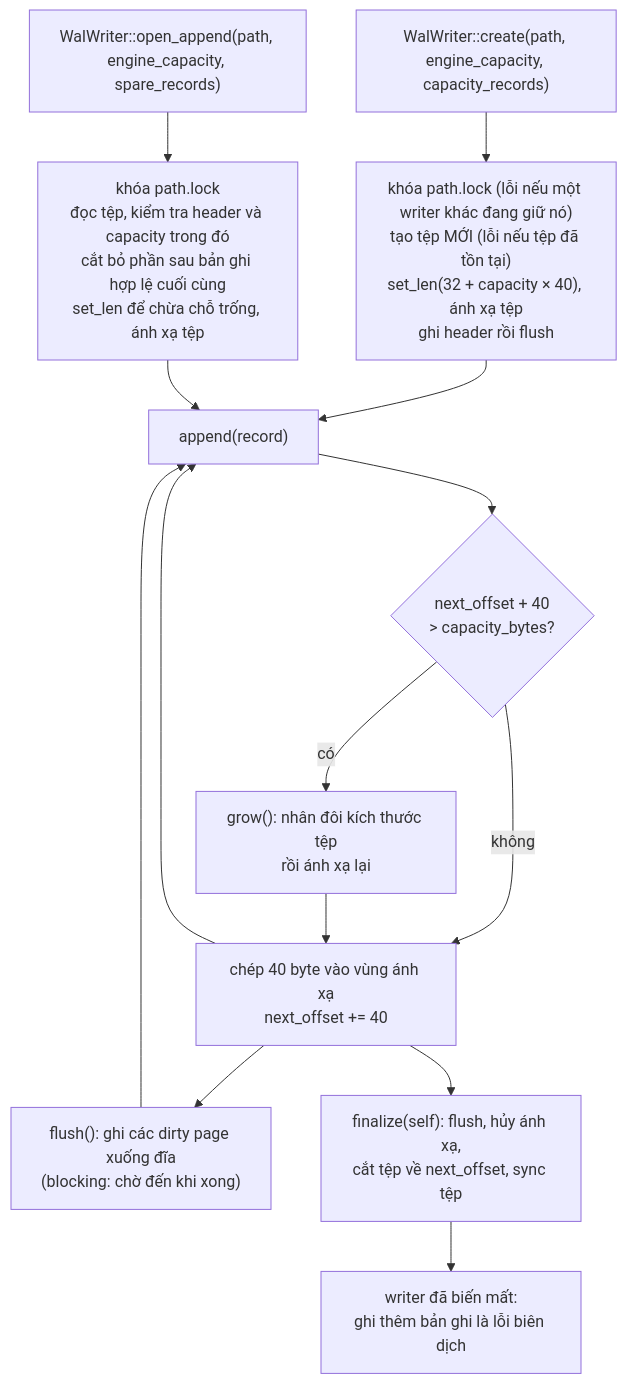
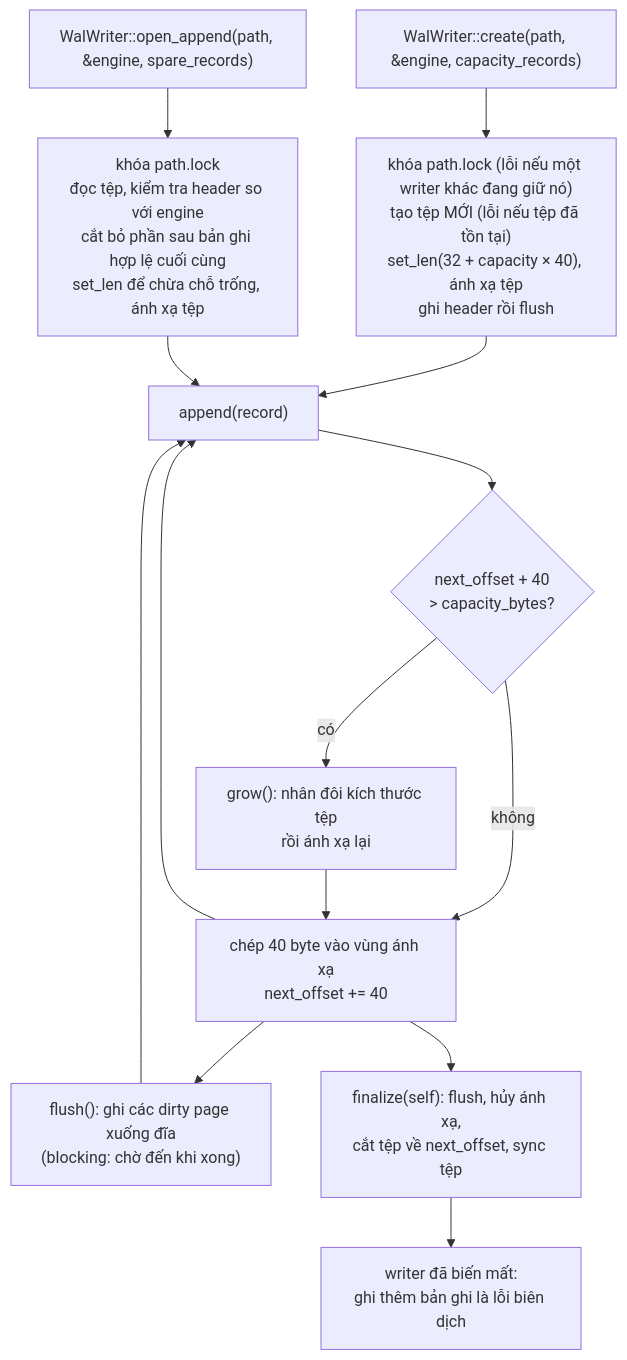
Before and after one commit to daohainam/rust-matching-engine: the diagram in docs/vi/09-write-ahead-log.md, drawn with Mermaid. The commit also changed other lines of this file, not shown here.

Commit message:
docs(vi): mirror chapter 9's format version 5 and limit records

````diff
--- a/docs/vi/09-write-ahead-log.md
+++ b/docs/vi/09-write-ahead-log.md
@@ -252,16 +260,16 @@
 ```mermaid
 flowchart TD
-    A["WalWriter::create(path, engine_capacity, capacity_records)"] --> B["khóa path.lock (lỗi nếu một writer khác đang giữ nó)<br/>tạo tệp MỚI (lỗi nếu tệp đã tồn tại)<br/>set_len(32 + capacity × 40), ánh xạ tệp<br/>ghi header rồi flush"]
-    O["WalWriter::open_append(path, engine_capacity, spare_records)"] --> P["khóa path.lock<br/>đọc tệp, kiểm tra header và capacity trong đó<br/>cắt bỏ phần sau bản ghi hợp lệ cuối cùng<br/>set_len để chừa chỗ trống, ánh xạ tệp"]
+    A["WalWriter::create(path, &engine, capacity_records)"] --> B["khóa path.lock (lỗi nếu một writer khác đang giữ nó)<br/>tạo tệp MỚI (lỗi nếu tệp đã tồn tại)<br/>set_len(32 + capacity × 40), ánh xạ tệp<br/>ghi header rồi flush"]
+    O["WalWriter::open_append(path, &engine, spare_records)"] --> P["khóa path.lock<br/>đọc tệp, kiểm tra header so với engine<br/>cắt bỏ phần sau bản ghi hợp lệ cuối cùng<br/>set_len để chừa chỗ trống, ánh xạ tệp"]
     B --> C["append(record)"]
     P --> C
     C --> D{"next_offset + 40<br/>> capacity_bytes?"}
     D -- không --> E["chép 40 byte vào vùng ánh xạ<br/>next_offset += 40"]
     D -- có --> F["grow(): nhân đôi kích thước tệp<br/>rồi ánh xạ lại"]
     F --> E
     E --> C
     E --> G["flush(): ghi các dirty page xuống đĩa<br/>(blocking: chờ đến khi xong)"]
     G --> C
     E --> H["finalize(self): flush, hủy ánh xạ,<br/>cắt tệp về next_offset, sync tệp"]
     H --> I["writer đã biến mất:<br/>ghi thêm bản ghi là lỗi biên dịch"]
 ```
````
